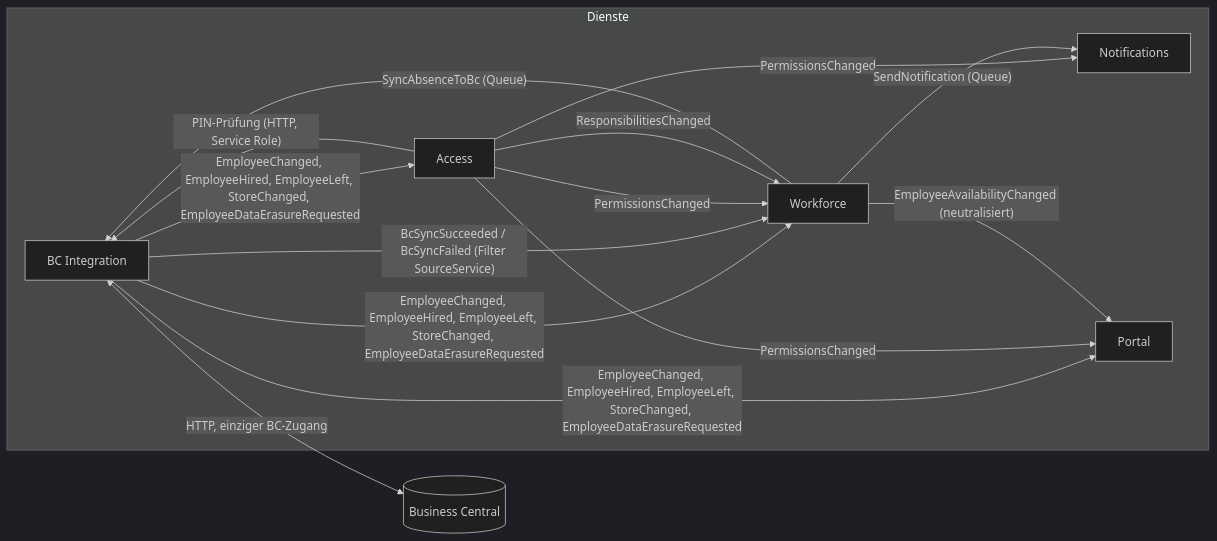
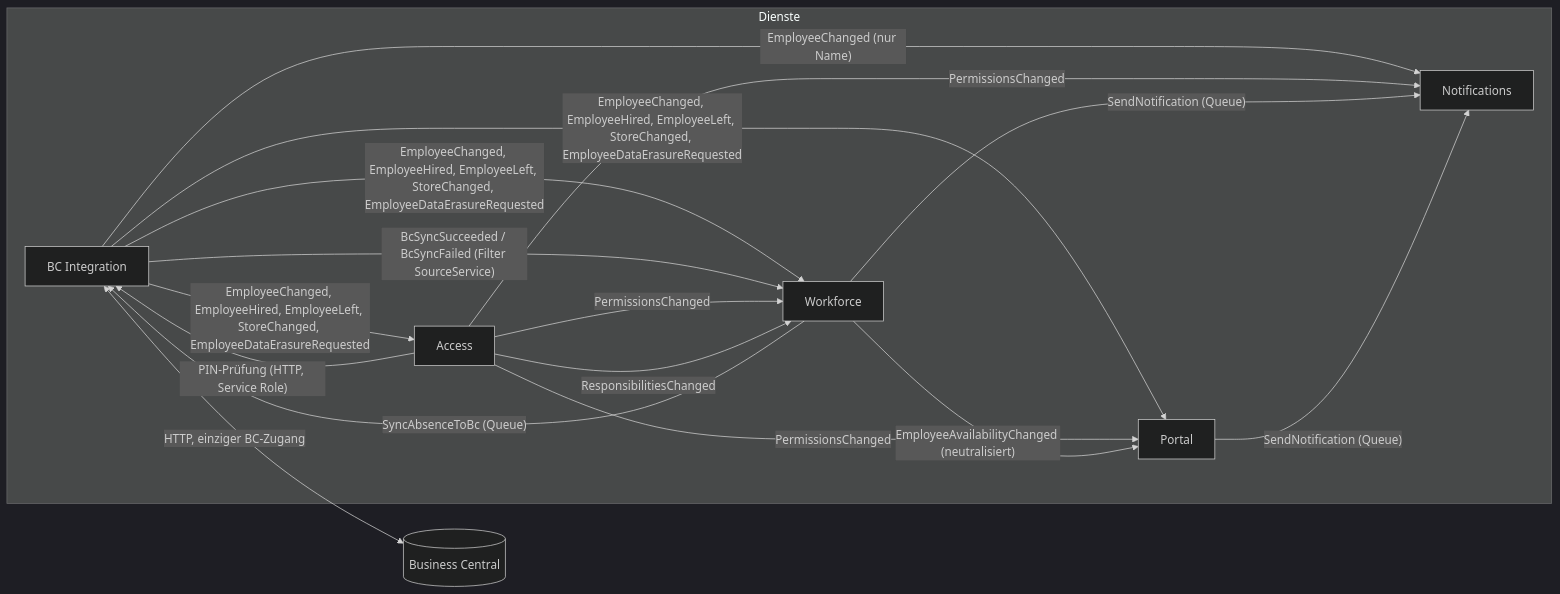
Before and after one commit to mAy-WGHN/NewWorld: the diagram in docs/architektur.md, drawn with Mermaid (dark theme). The commit also changed other lines of this file and 11 other files, not shown here.

````diff
--- a/docs/architektur.md
+++ b/docs/architektur.md
@@ -7,20 +7,22 @@
 ```mermaid
 flowchart LR
     BC[(Business Central)]
     subgraph Dienste
         BCI[BC Integration]
         ACC[Access]
         NOT[Notifications]
         WF[Workforce]
         POR[Portal]
     end
     BCI <-->|HTTP, einziger BC-Zugang| BC
     BCI -- "EmployeeChanged, EmployeeHired, EmployeeLeft, StoreChanged, EmployeeDataErasureRequested" --> ACC & WF & POR
+    BCI -- "EmployeeChanged (nur Name)" --> NOT
     BCI -- "BcSyncSucceeded / BcSyncFailed (Filter SourceService)" --> WF
     ACC -- "PermissionsChanged" --> WF & POR & NOT
     ACC -- "ResponsibilitiesChanged" --> WF
     WF -- "SyncAbsenceToBc (Queue)" --> BCI
     WF -- "SendNotification (Queue)" --> NOT
+    POR -- "SendNotification (Queue)" --> NOT
     WF -- "EmployeeAvailabilityChanged (neutralisiert)" --> POR
     ACC -- "PIN-Prüfung (HTTP, Service Role)" --> BCI
 ```
````
